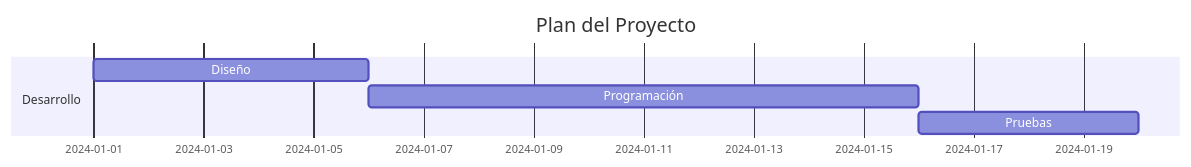
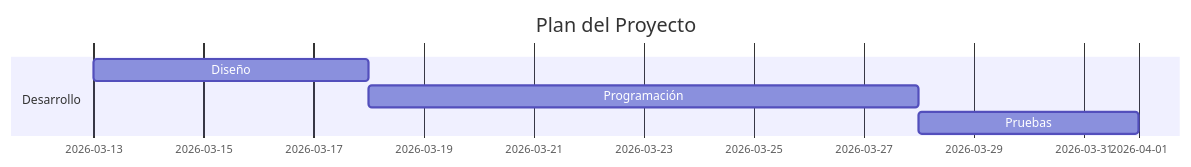
Before and after one commit to fcoxjp-art/MarkDown-Documentacion: the diagram in Mermaid.md, drawn with Mermaid. The commit also changed other lines of this file, not shown here.

Commit message:
Update dates and content in Mermaid.md

````diff
--- a/Mermaid.md
+++ b/Mermaid.md
@@ -43,10 +43,10 @@
 ```mermaid
 gantt
 title Plan del Proyecto
 dateFormat  YYYY-MM-DD
 
 section Desarrollo
-Diseño :a1, 2024-01-01, 5d
+Diseño :a1, 2026-03-13, 5d
 Programación :a2, after a1, 10d
-Pruebas :a3, after a2, 4d 
+Pruebas :a3, after a2, 4d
 ```
````
